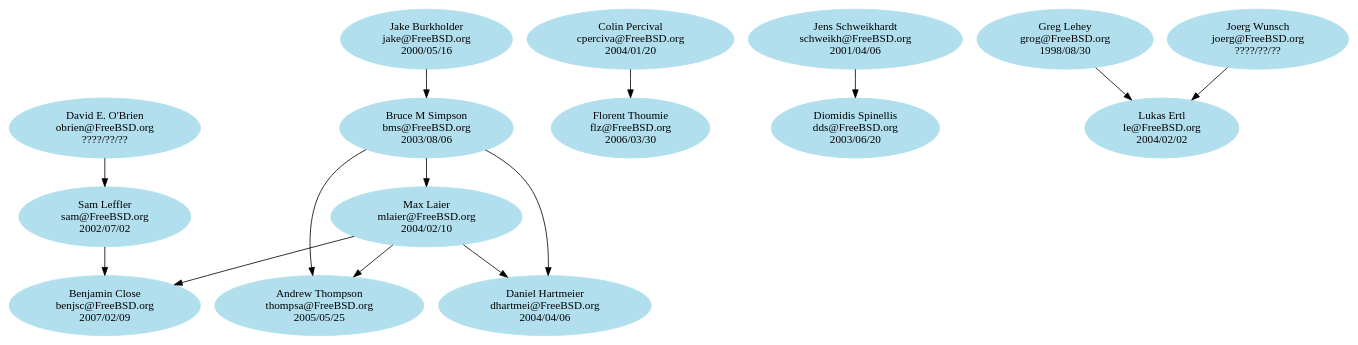
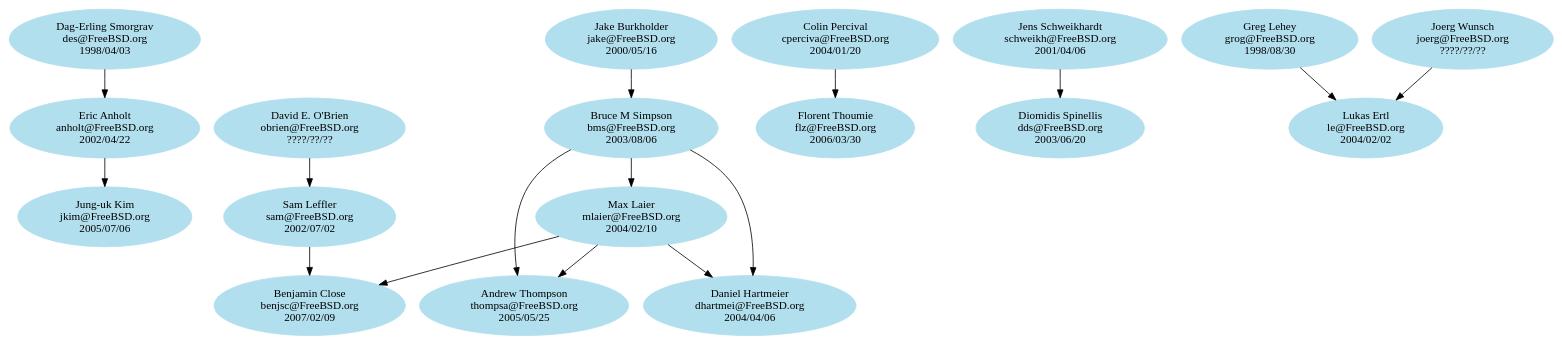
Before and after one commit to kelvinyu/unix-history-repo: the diagram in share/misc/committers-src.dot, drawn with Graphviz.

Commit message:
Add myself and mentor and grand-mentor.  All the dates are from access log.

```diff
--- a/share/misc/committers-src.dot
+++ b/share/misc/committers-src.dot
@@ -1,69 +1,76 @@
 # $FreeBSD$
 
 digraph src {
 
 # Node definitions follow this example:
 #
 #   foo [label="Foo Bar\nfoo@FreeBSD.org\n????/??/??"]
 #
 # ????/??/?? is the date when the commit bit was obtained, usually the one you
 # can find looking at CVS logs for the access (or avail) file under CVSROOT.
 #
 # For returned commit bits, the node definition will follow this example:
 #
 #   foo [label="Foo Bar\nfoo@FreeBSD.org\n????/??/??\n????/??/??"]
 #
 # The first date is the same as for an active committer, the second date is
 # the date when the commit bit has been returned. Again, check CVS logs.
 
 node [color=grey62, style=filled, bgcolor=black];
 
 # Alumni go here.. Try to keep things sorted.
 
 node [color=lightblue2, style=filled, bgcolor=black];
 
 # Current src committers go here. Try to keep things sorted.
 
+anholt [label="Eric Anholt\nanholt@FreeBSD.org\n2002/04/22"]
 benjsc [label="Benjamin Close\nbenjsc@FreeBSD.org\n2007/02/09"]
 bms [label="Bruce M Simpson\nbms@FreeBSD.org\n2003/08/06"]
 cperciva [label="Colin Percival\ncperciva@FreeBSD.org\n2004/01/20"]
 dds [label="Diomidis Spinellis\ndds@FreeBSD.org\n2003/06/20"]
+des [label="Dag-Erling Smorgrav\ndes@FreeBSD.org\n1998/04/03"]
 dhartmei [label="Daniel Hartmeier\ndhartmei@FreeBSD.org\n2004/04/06"]
 flz [label="Florent Thoumie\nflz@FreeBSD.org\n2006/03/30"]
 grog [label="Greg Lehey\ngrog@FreeBSD.org\n1998/08/30"]
 jake [label="Jake Burkholder\njake@FreeBSD.org\n2000/05/16"]
+jkim [label="Jung-uk Kim\njkim@FreeBSD.org\n2005/07/06"]
 joerg [label="Joerg Wunsch\njoerg@FreeBSD.org\n????/??/??"]
 le [label="Lukas Ertl\nle@FreeBSD.org\n2004/02/02"]
 mlaier [label="Max Laier\nmlaier@FreeBSD.org\n2004/02/10"]
 obrien [label="David E. O'Brien\nobrien@FreeBSD.org\n????/??/??"]
 sam [label="Sam Leffler\nsam@FreeBSD.org\n2002/07/02"]
 schweikh [label="Jens Schweikhardt\nschweikh@FreeBSD.org\n2001/04/06"]
 thompsa [label="Andrew Thompson\nthompsa@FreeBSD.org\n2005/05/25"]
 
 # Here are the mentor/mentee relationships.
 # Group together all the mentees for a particular mentor.
 # Keep the list sorted by mentor login.
 
+anholt -> jkim
+
 cperciva -> flz
 
 bms -> mlaier
 bms -> dhartmei
 bms -> thompsa
+
+des -> anholt
 
 jake -> bms
 
 joerg -> le
 
 grog -> le
 
 mlaier -> benjsc
 mlaier -> dhartmei
 mlaier -> thompsa
 
 obrien -> sam
 
 sam -> benjsc
 
 schweikh -> dds
 
 }
```
